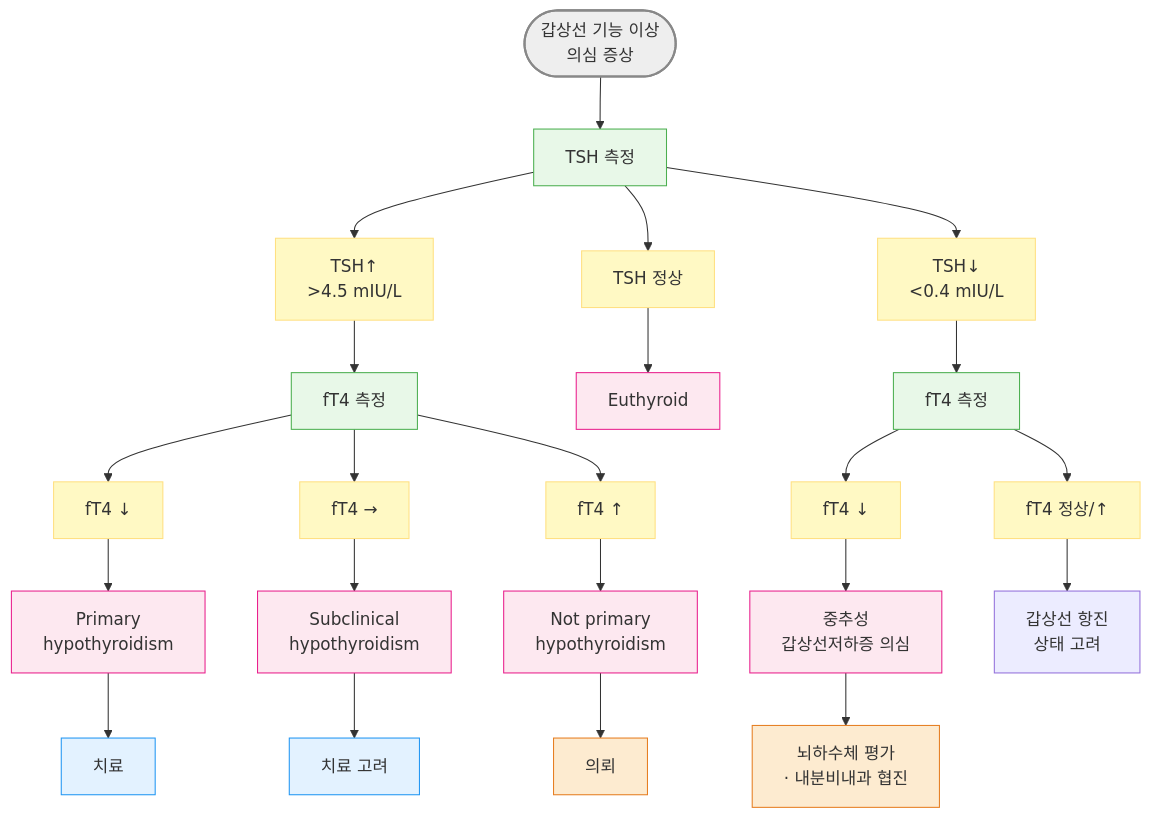
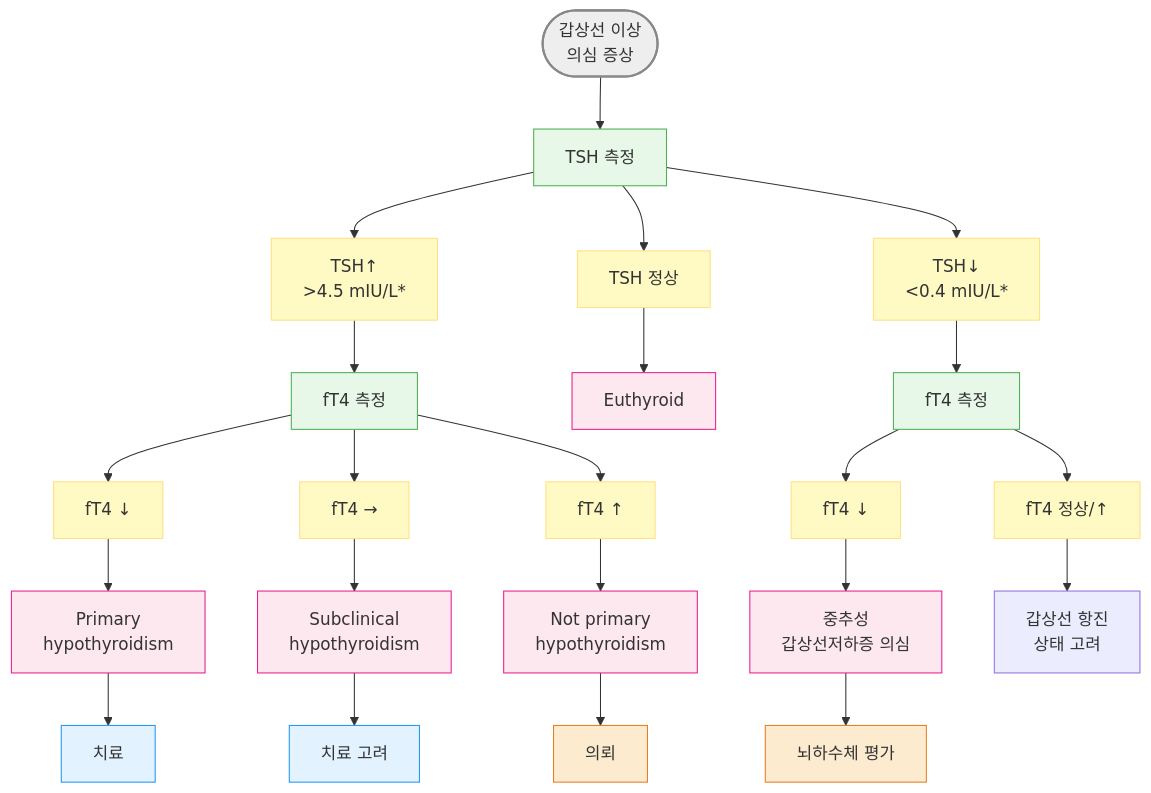
The first of 2 diagrams in 226_/105_-hypothyroidism.md (familyoh77/familyoh77), drawn with Mermaid before and after one commit. The commit also changed other lines of this file, not shown here.

````diff
--- a/226_/105_-hypothyroidism.md
+++ b/226_/105_-hypothyroidism.md
@@ -106,44 +88,44 @@
 ```mermaid
 flowchart TD
     %% Nodes
-    Start(["갑상선 기능 이상<br>의심 증상"]) --> TSH["TSH 측정"]
+    Start(["갑상선 이상<br>의심 증상"]) --> TSH["TSH 측정"]
 
     %% TSH Branches
-    TSH --> TSH_High["TSH↑<br>>4.5 mIU/L"]
+    TSH --> TSH_High["TSH↑<br>>4.5 mIU/L*"]
     TSH --> TSH_Normal["TSH 정상"]
-    TSH --> TSH_Low["TSH↓<br><0.4 mIU/L"]
+    TSH --> TSH_Low["TSH↓<br><0.4 mIU/L*"]
 
     %% TSH High Path
     TSH_High --> FT4_Meas["fT4 측정"]
     FT4_Meas --> FT4_Low["fT4 ↓"]
     FT4_Meas --> FT4_Normal["fT4 →"]
     FT4_Meas --> FT4_High["fT4 ↑"]
 
     FT4_Low --> Primary_Hypo["Primary<br>hypothyroidism"] --> Tx["치료"]
     FT4_Normal --> Sub_Hypo["Subclinical<br>hypothyroidism"] --> Tx_Consider["치료 고려"]
     FT4_High --> Not_Primary["Not primary<br>hypothyroidism"] --> Referral["의뢰"]
 
     %% TSH Normal Path
     TSH_Normal --> Euthyroid["Euthyroid"]
 
     %% TSH Low Path
     TSH_Low --> FT4_Meas2["fT4 측정"]
     FT4_Meas2 --> FT4_Low2["fT4 ↓"]
     FT4_Meas2 --> FT4_NotLow["fT4 정상/↑"]
 
-    FT4_Low2 --> Central_Hypo["중추성<br>갑상선저하증 의심"] --> Referral2["뇌하수체 평가<br>· 내분비내과 협진"]
+    FT4_Low2 --> Central_Hypo["중추성<br>갑상선저하증 의심"] --> Referral2["뇌하수체 평가"]
     FT4_NotLow --> Hyper_Consider["갑상선 항진<br>상태 고려"]
 
     %% Styling (Optional)
 style Start fill:#eeeeee,stroke:#888888,stroke-width:2px
 classDef lightGreen fill:#e8f8e8,stroke:#4caf50
 class TSH,FT4_Meas,FT4_Meas2 lightGreen
 classDef yellow fill:#fff9c4,stroke:#ffe082
 class TSH_High,TSH_Normal,TSH_Low,FT4_Low,FT4_Normal,FT4_High,FT4_Low2,FT4_NotLow yellow
 classDef pink fill:#fde8f0,stroke:#e91e8c
 class Primary_Hypo,Sub_Hypo,Not_Primary,Euthyroid,Central_Hypo pink
 classDef sky fill:#e3f2ff,stroke:#2196f3
 class Tx,Tx_Consider sky
 style Referral fill:#fdebd0,stroke:#e67e22
 style Referral2 fill:#fdebd0,stroke:#e67e22
 ```
````
